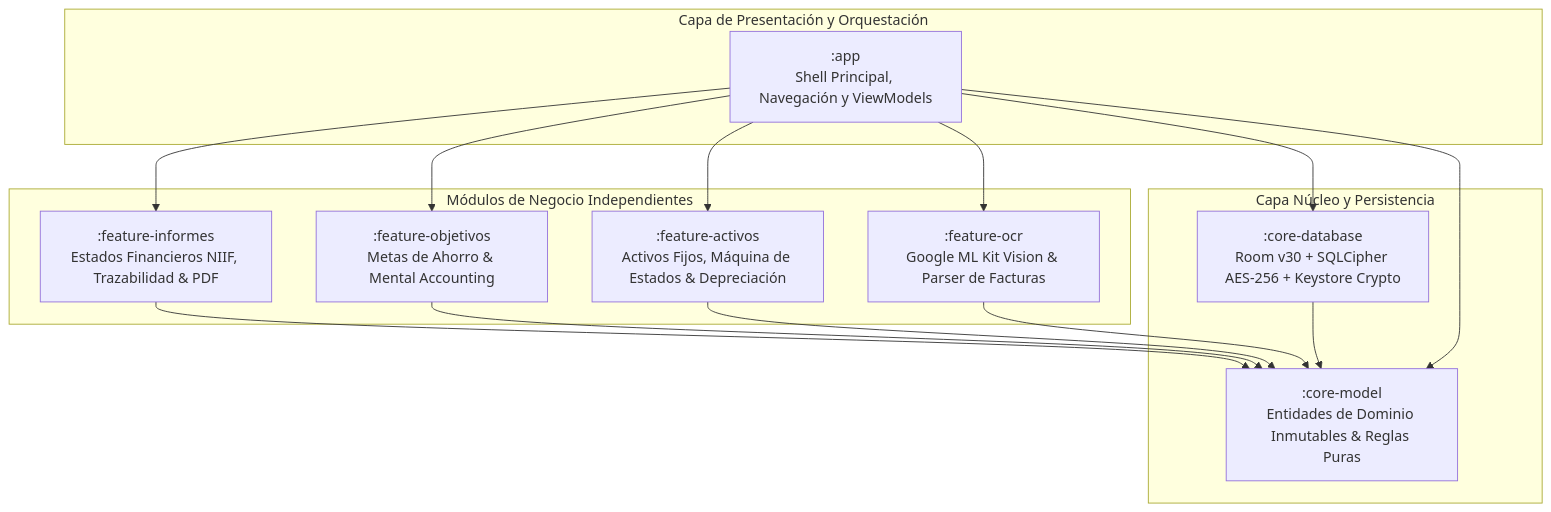
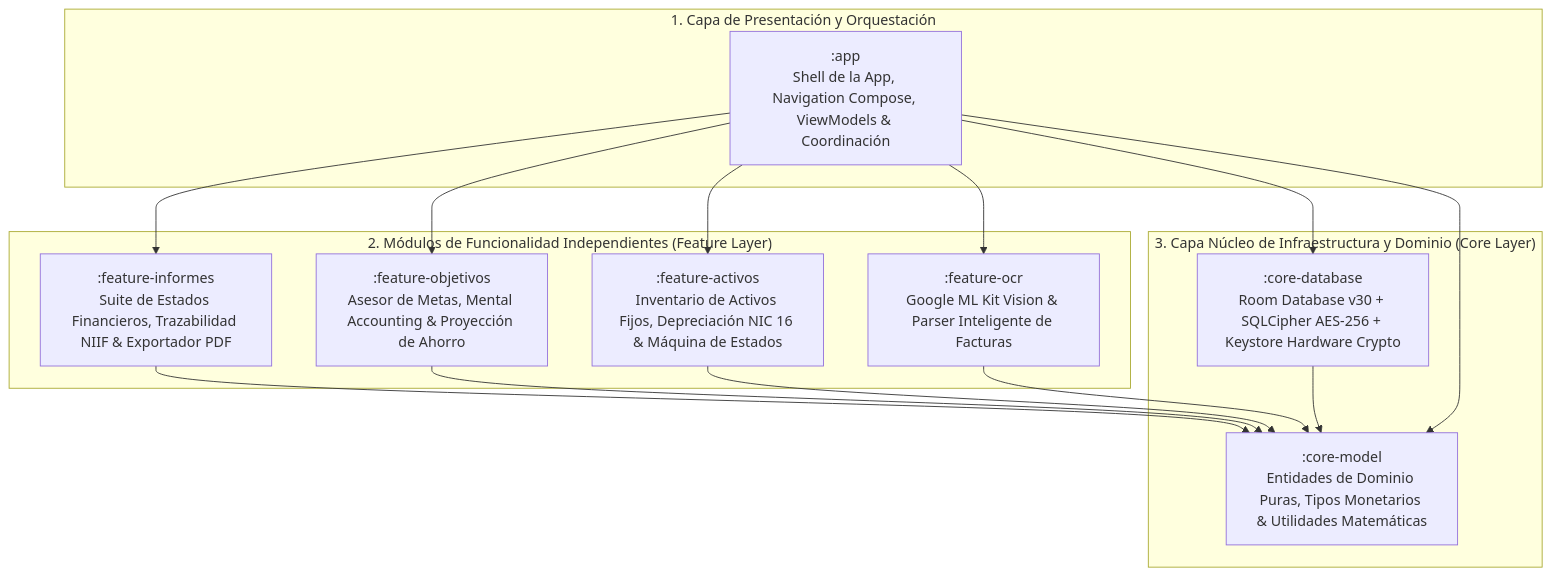
The first of 8 diagrams in README.md (Andrewsscorp/KashAPP), drawn with Mermaid before and after one commit. The commit also changed other lines of this file and 5 other files, not shown here.

Commit message:
docs: extend enterprise documentation with 10 visual screenshots, 6 architecture diagrams, deep cryptographic analysis, and exhaustive 3-paragraph per-function breakdown

````diff
--- a/README.md
+++ b/README.md
@@ -57,31 +112,31 @@
 ```mermaid
 graph TD
-    subgraph UI_Orchestration [Capa de Presentación y Orquestación]
-        APP[":app<br/>Shell Principal, Navegación y ViewModels"]
+    subgraph Layer_Presentation ["1. Capa de Presentación y Orquestación"]
+        APP[":app<br/>Shell de la App, Navigation Compose, ViewModels & Coordinación"]
     end
 
-    subgraph Feature_Modules [Módulos de Negocio Independientes]
-        INFORMES[":feature-informes<br/>Estados Financieros NIIF, Trazabilidad & PDF"]
-        OBJETIVOS[":feature-objetivos<br/>Metas de Ahorro & Mental Accounting"]
-        ACTIVOS[":feature-activos<br/>Activos Fijos, Máquina de Estados & Depreciación"]
-        OCR[":feature-ocr<br/>Google ML Kit Vision & Parser de Facturas"]
+    subgraph Layer_Features ["2. Módulos de Funcionalidad Independientes (Feature Layer)"]
+        INFORMES[":feature-informes<br/>Suite de Estados Financieros, Trazabilidad NIIF & Exportador PDF"]
+        OBJETIVOS[":feature-objetivos<br/>Asesor de Metas, Mental Accounting & Proyección de Ahorro"]
+        ACTIVOS[":feature-activos<br/>Inventario de Activos Fijos, Depreciación NIC 16 & Máquina de Estados"]
+        OCR[":feature-ocr<br/>Google ML Kit Vision & Parser Inteligente de Facturas"]
     end
 
-    subgraph Core_Layer [Capa Núcleo y Persistencia]
-        DB[":core-database<br/>Room v30 + SQLCipher AES-256 + Keystore Crypto"]
-        MODEL[":core-model<br/>Entidades de Dominio Inmutables & Reglas Puras"]
+    subgraph Layer_Core ["3. Capa Núcleo de Infraestructura y Dominio (Core Layer)"]
+        DB[":core-database<br/>Room Database v30 + SQLCipher AES-256 + Keystore Hardware Crypto"]
+        MODEL[":core-model<br/>Entidades de Dominio Puras, Tipos Monetarios & Utilidades Matemáticas"]
     end
 
     APP --> INFORMES
     APP --> OBJETIVOS
     APP --> ACTIVOS
     APP --> OCR
     APP --> DB
     APP --> MODEL
 
     INFORMES --> MODEL
     OBJETIVOS --> MODEL
     ACTIVOS --> MODEL
     OCR --> MODEL
     DB --> MODEL
 ```
````
